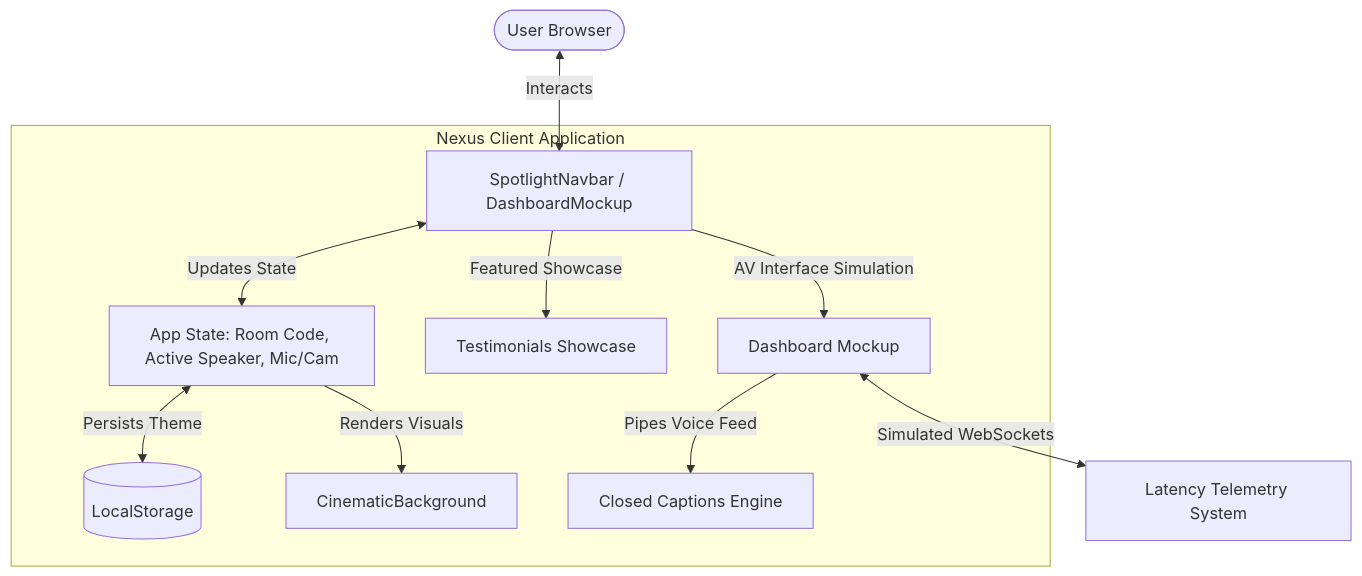
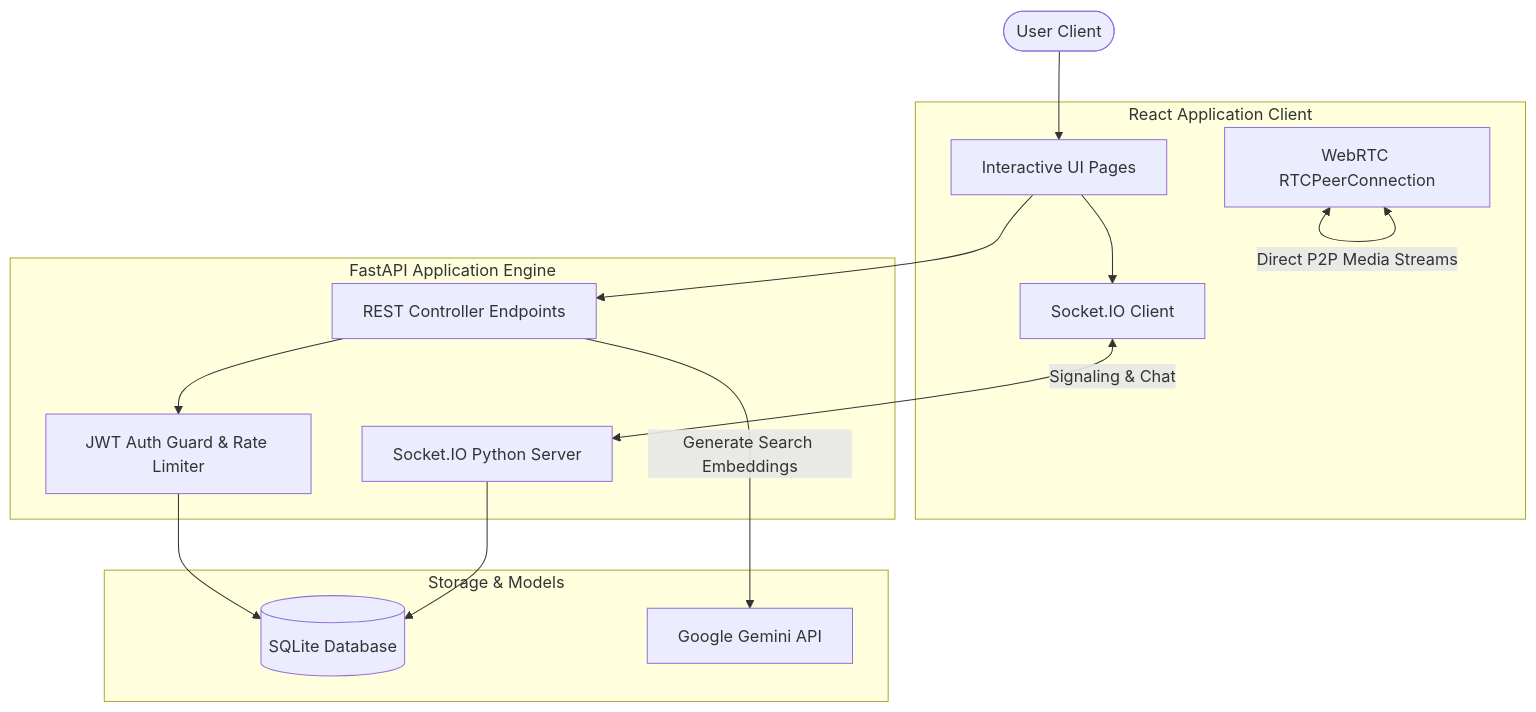
The first of 5 diagrams in README.md (sreehriz/nexus), drawn with Mermaid before and after one commit. The commit also changed other lines of this file and 2 other files, not shown here.

````diff
--- a/README.md
+++ b/README.md
@@ -63,13 +170,32 @@
 ```mermaid
 graph TD
-    User([User Browser]) <-->|Interacts| UI[SpotlightNavbar / DashboardMockup]
-    subgraph Client Application [Nexus Client Application]
-        UI <-->|Updates State| State[App State: Room Code, Active Speaker, Mic/Cam]
-        State <-->|Persists Theme| LS[(LocalStorage)]
-        State -->|Renders Visuals| BG[CinematicBackground]
-        UI -->|Featured Showcase| Testimonials[Testimonials Showcase]
-        UI -->|AV Interface Simulation| DB[Dashboard Mockup]
-        DB -->|Pipes Voice Feed| Captions[Closed Captions Engine]
-    end
-    DB <-->|Simulated WebSockets| Telemetry[Latency Telemetry System]
+  User([User Client])
+  
+  subgraph Frontend [React Application Client]
+    UI[Interactive UI Pages]
+    RTC[WebRTC RTCPeerConnection]
+    SockClient[Socket.IO Client]
+  end
+
+  subgraph Backend [FastAPI Application Engine]
+    API[REST Controller Endpoints]
+    SocketServer[Socket.IO Python Server]
+    AuthGuard[JWT Auth Guard & Rate Limiter]
+  end
+
+  subgraph DataLayer [Storage & Models]
+    DB[(SQLite Database)]
+    Gemini[Google Gemini API]
+  end
+
+  User --> UI
+  UI --> API
+  UI --> SockClient
+  SockClient <-->|Signaling & Chat| SocketServer
+  RTC <-->|Direct P2P Media Streams| RTC
+  
+  API --> AuthGuard
+  AuthGuard --> DB
+  SocketServer --> DB
+  API -->|Generate Search Embeddings| Gemini
 ```
````
